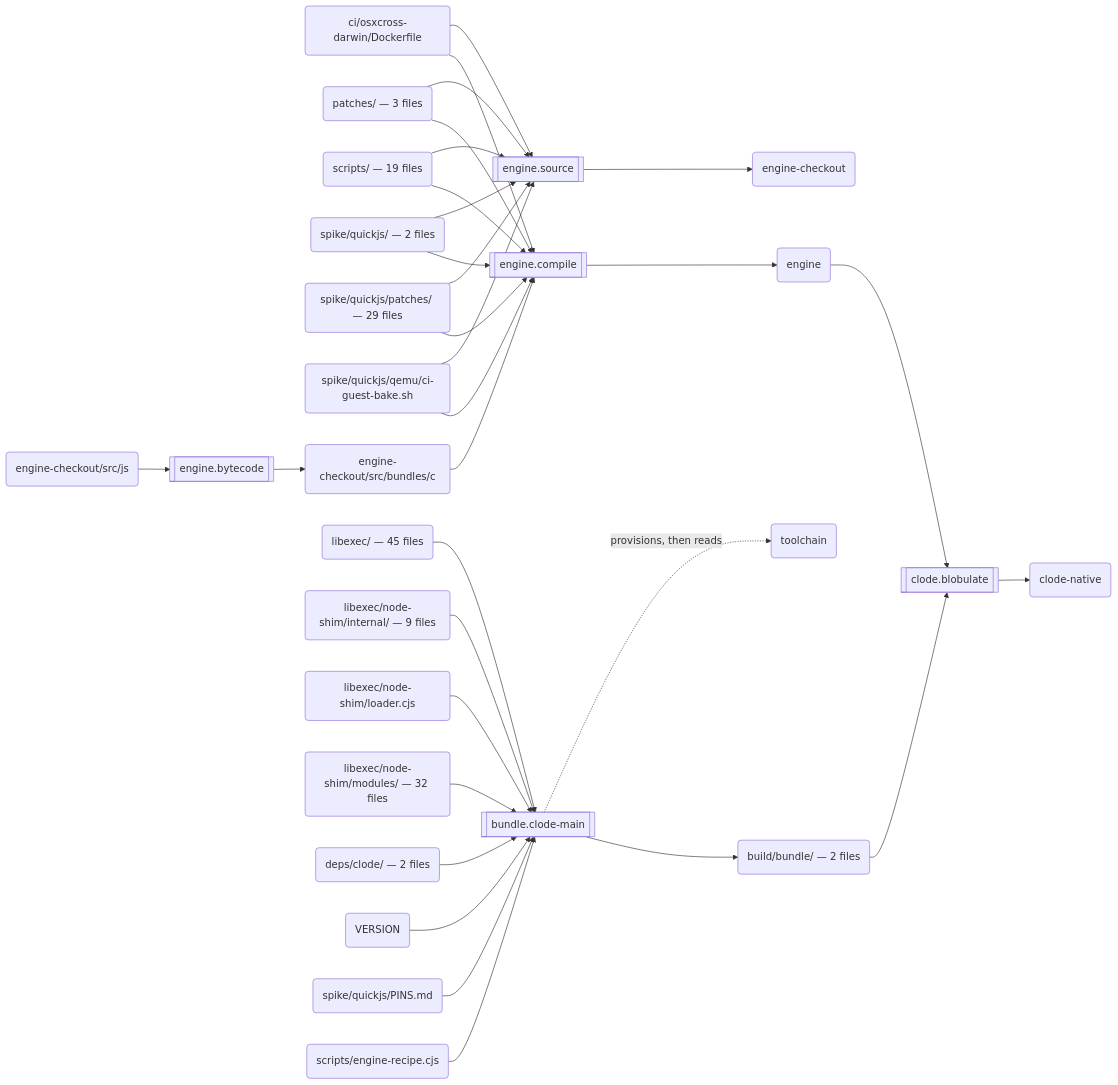
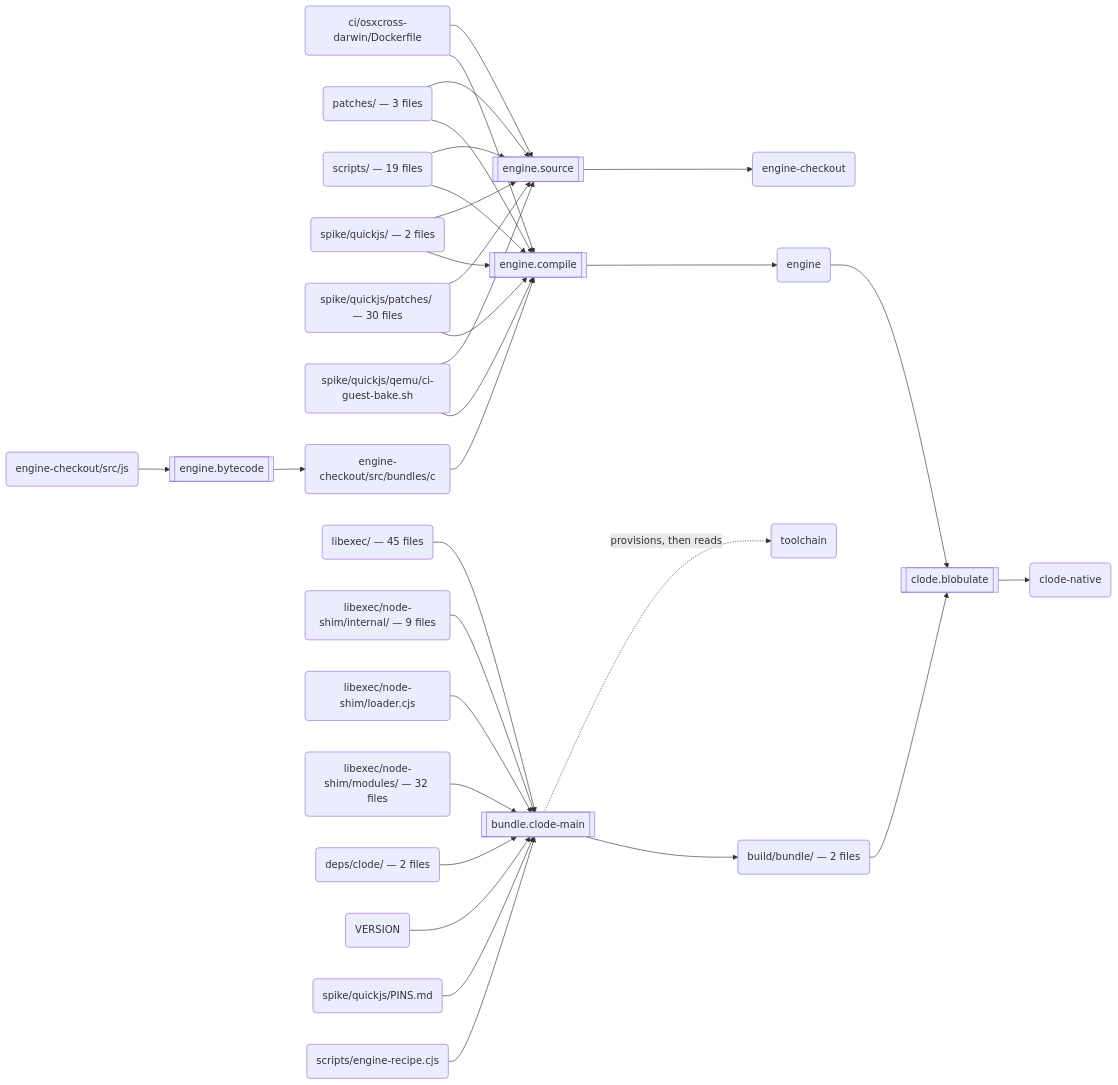
Before and after one commit to schmonz/clode: the second of 3 diagrams in docs/build.md, drawn with Mermaid. The commit also changed other lines of this file, not shown here.

Commit message:
docs(build): regenerate the build graph for txiki-ca-bundle-global.patch
Claude-Session: https://claude.ai/code/session_01X9pCeEg19PPwwjgrS8wV5a

````diff
--- a/docs/build.md
+++ b/docs/build.md
@@ -123,59 +123,59 @@
 ```mermaid
 flowchart LR
   s0[["engine.source"]]
   a0("ci/osxcross-darwin/Dockerfile")
   a1("patches/ — 3 files")
   a2("scripts/ — 19 files")
   a3("spike/quickjs/ — 2 files")
-  a4("spike/quickjs/patches/ — 29 files")
+  a4("spike/quickjs/patches/ — 30 files")
   a5("spike/quickjs/qemu/ci-guest-bake.sh")
   a6("engine-checkout")
   s1[["engine.bytecode"]]
   a7("engine-checkout/src/js")
   a8("engine-checkout/src/bundles/c")
   s2[["engine.compile"]]
   a9("engine")
   s3[["bundle.clode-main"]]
   a10("libexec/ — 45 files")
   a11("libexec/node-shim/internal/ — 9 files")
   a12("libexec/node-shim/loader.cjs")
   a13("libexec/node-shim/modules/ — 32 files")
   a14("deps/clode/ — 2 files")
   a15("VERSION")
   a16("spike/quickjs/PINS.md")
   a17("scripts/engine-recipe.cjs")
   a18("toolchain")
   a19("build/bundle/ — 2 files")
   s4[["clode.blobulate"]]
   a20("clode-native")
   a0 --> s0
   a1 --> s0
   a2 --> s0
   a3 --> s0
   a4 --> s0
   a5 --> s0
   s0 --> a6
   a7 --> s1
   s1 --> a8
   a8 --> s2
   a0 --> s2
   a1 --> s2
   a2 --> s2
   a3 --> s2
   a4 --> s2
   a5 --> s2
   s2 --> a9
   a10 --> s3
   a11 --> s3
   a12 --> s3
   a13 --> s3
   a14 --> s3
   a15 --> s3
   a16 --> s3
   a17 --> s3
   s3 -.->|"provisions, then reads"| a18
   s3 --> a19
   a9 --> s4
   a19 --> s4
   s4 --> a20
 ```
````
